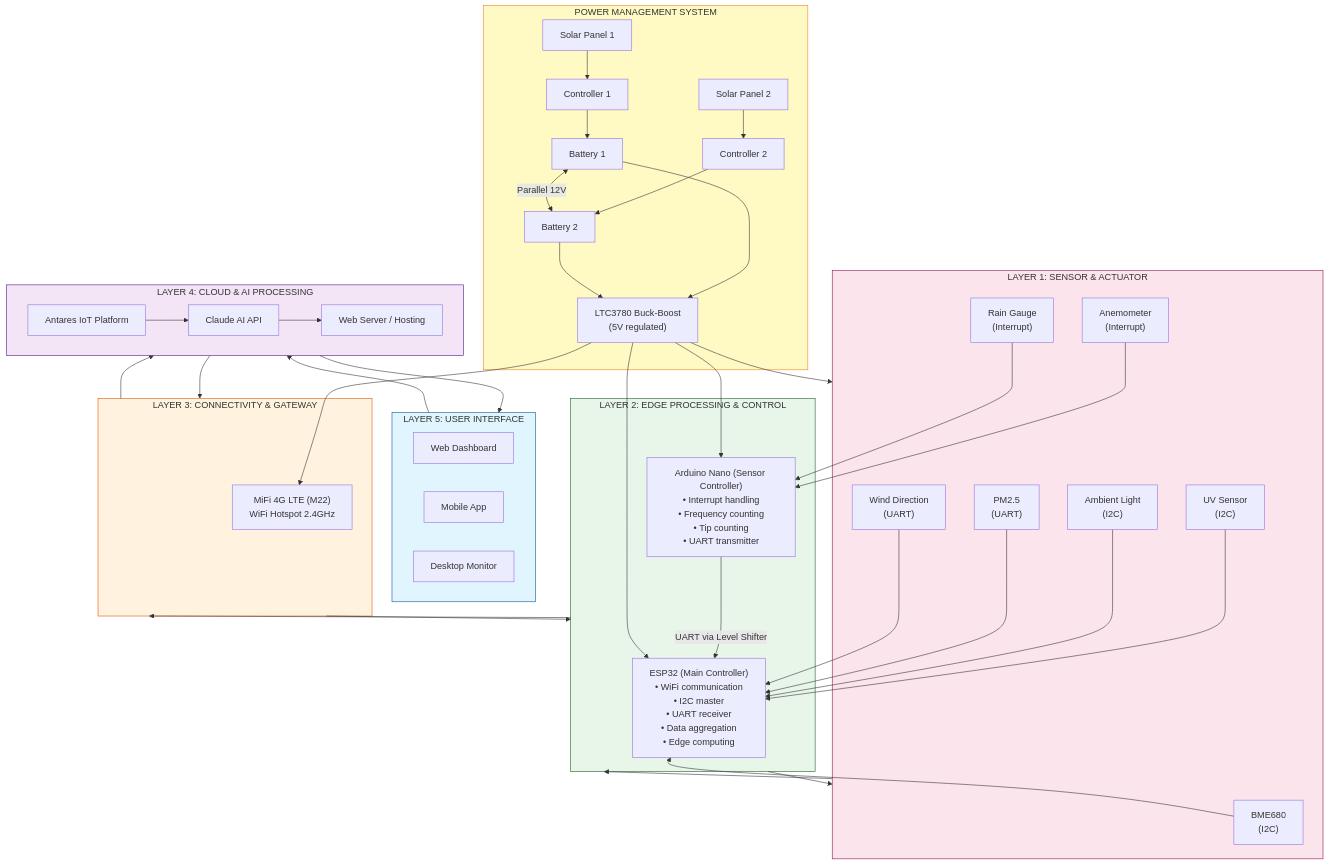
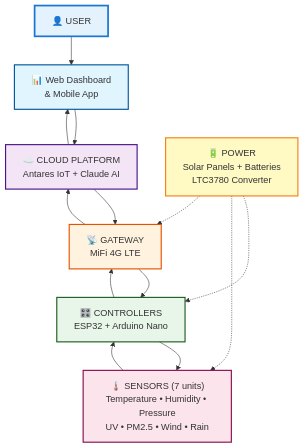
One commit to antonprafanto/weather_sensor changed the first of 7 diagrams in Proposal.md. Above: the diagram before and after it, drawn with Mermaid. The commit also changed other lines of this file, not shown here.

````diff
--- a/Proposal.md
+++ b/Proposal.md
@@ -785,88 +785,46 @@
 ```mermaid
 graph TB
-    subgraph Layer5["LAYER 5: USER INTERFACE"]
-        WebDash["Web Dashboard"]
-        MobileApp["Mobile App"]
-        DesktopMon["Desktop Monitor"]
-    end
+    %% LAYER 5 - User Interface
+    User["👤 USER"]
+    Dashboard["📊 Web Dashboard<br/>& Mobile App"]
 
-    subgraph Layer4["LAYER 4: CLOUD & AI PROCESSING"]
-        Antares["Antares IoT Platform"]
-        ClaudeAI["Claude AI API"]
-        WebServer["Web Server / Hosting"]
+    %% LAYER 4 - Cloud & AI
+    Cloud["☁️ CLOUD PLATFORM<br/>Antares IoT + Claude AI"]
 
-        Antares --> ClaudeAI
-        ClaudeAI --> WebServer
-    end
+    %% LAYER 3 - Connectivity
+    Gateway["📡 GATEWAY<br/>MiFi 4G LTE"]
 
-    subgraph Layer3["LAYER 3: CONNECTIVITY & GATEWAY"]
-        MiFi["MiFi 4G LTE (M22)<br/>WiFi Hotspot 2.4GHz"]
-    end
+    %% LAYER 2 - Controllers (Simplified)
+    Controllers["🎛️ CONTROLLERS<br/>ESP32 + Arduino Nano"]
 
-    subgraph Layer2["LAYER 2: EDGE PROCESSING & CONTROL"]
-        ESP32["ESP32 (Main Controller)<br/>• WiFi communication<br/>• I2C master<br/>• UART receiver<br/>• Data aggregation<br/>• Edge computing"]
-        ArduinoNano["Arduino Nano (Sensor Controller)<br/>• Interrupt handling<br/>• Frequency counting<br/>• Tip counting<br/>• UART transmitter"]
+    %% LAYER 1 - Sensors (Grouped)
+    Sensors["🌡️ SENSORS (7 units)<br/>Temperature • Humidity • Pressure<br/>UV • PM2.5 • Wind • Rain"]
 
-        ArduinoNano -->|UART via Level Shifter| ESP32
-    end
+    %% Power System (Simplified)
+    Power["🔋 POWER<br/>Solar Panels + Batteries<br/>LTC3780 Converter"]
 
-    subgraph Layer1["LAYER 1: SENSOR & ACTUATOR"]
-        BME680["BME680<br/>(I2C)"]
-        UV["UV Sensor<br/>(I2C)"]
-        Ambient["Ambient Light<br/>(I2C)"]
-        PM25["PM2.5<br/>(UART)"]
-        WindDir["Wind Direction<br/>(UART)"]
-        Anemometer["Anemometer<br/>(Interrupt)"]
-        RainGauge["Rain Gauge<br/>(Interrupt)"]
-    end
-
-    subgraph Power["POWER MANAGEMENT SYSTEM"]
-        Solar1["Solar Panel 1"]
-        Solar2["Solar Panel 2"]
-        Ctrl1["Controller 1"]
-        Ctrl2["Controller 2"]
-        Batt1["Battery 1"]
-        Batt2["Battery 2"]
-        LTC["LTC3780 Buck-Boost<br/>(5V regulated)"]
-
-        Solar1 --> Ctrl1
-        Solar2 --> Ctrl2
-        Ctrl1 --> Batt1
-        Ctrl2 --> Batt2
-        Batt1 <-->|Parallel 12V| Batt2
-        Batt1 --> LTC
-        Batt2 --> LTC
-    end
-
-    %% Connections between layers (using simple arrows for compatibility)
-    Layer5 --> Layer4
-    Layer4 --> Layer5
-    Layer4 --> Layer3
-    Layer3 --> Layer4
-    Layer3 --> Layer2
-    Layer2 --> Layer3
-    Layer2 --> Layer1
-    Layer1 --> Layer2
-
-    %% Sensor to Controller connections
-    BME680 --> ESP32
-    UV --> ESP32
-    Ambient --> ESP32
-    PM25 --> ESP32
-    WindDir --> ESP32
-    Anemometer --> ArduinoNano
-    RainGauge --> ArduinoNano
+    %% Main data flow (top to bottom)
+    User --> Dashboard
+    Dashboard --> Cloud
+    Cloud --> Dashboard
+    Cloud --> Gateway
+    Gateway --> Cloud
+    Gateway --> Controllers
+    Controllers --> Gateway
+    Controllers --> Sensors
+    Sensors --> Controllers
 
     %% Power connections
-    LTC --> ESP32
-    LTC --> ArduinoNano
-    LTC --> Layer1
-    LTC --> MiFi
+    Power -.-> Controllers
+    Power -.-> Sensors
+    Power -.-> Gateway
 
-    style Layer5 fill:#e1f5ff,stroke:#01579b
-    style Layer4 fill:#f3e5f5,stroke:#4a148c
-    style Layer3 fill:#fff3e0,stroke:#e65100
-    style Layer2 fill:#e8f5e9,stroke:#1b5e20
-    style Layer1 fill:#fce4ec,stroke:#880e4f
-    style Power fill:#fff9c4,stroke:#f57f17
+    %% Styling
+    style User fill:#e3f2fd,stroke:#1976d2,stroke-width:3px
+    style Dashboard fill:#e1f5ff,stroke:#01579b,stroke-width:2px
+    style Cloud fill:#f3e5f5,stroke:#4a148c,stroke-width:2px
+    style Gateway fill:#fff3e0,stroke:#e65100,stroke-width:2px
+    style Controllers fill:#e8f5e9,stroke:#1b5e20,stroke-width:2px
+    style Sensors fill:#fce4ec,stroke:#880e4f,stroke-width:2px
+    style Power fill:#fff9c4,stroke:#f57f17,stroke-width:2px
 ```
````
